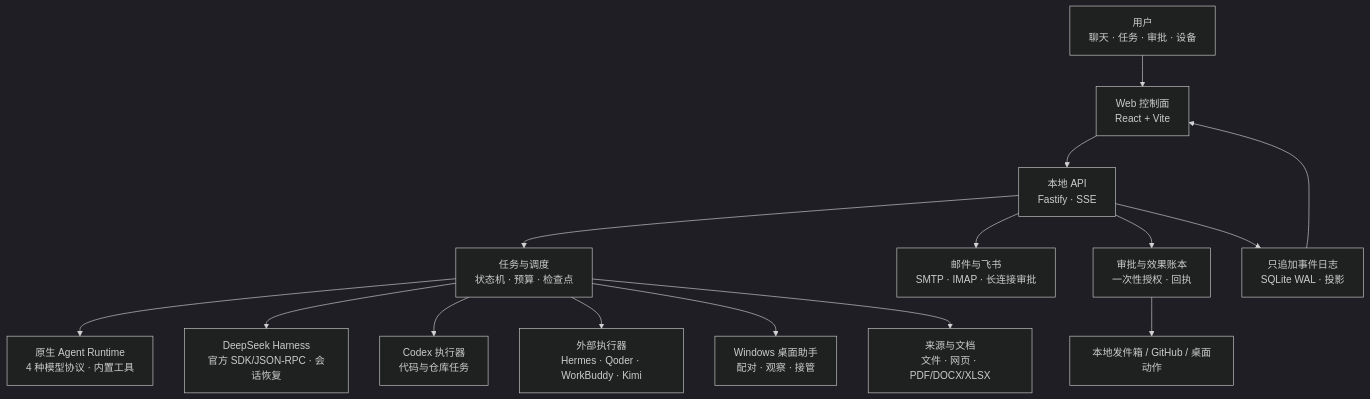
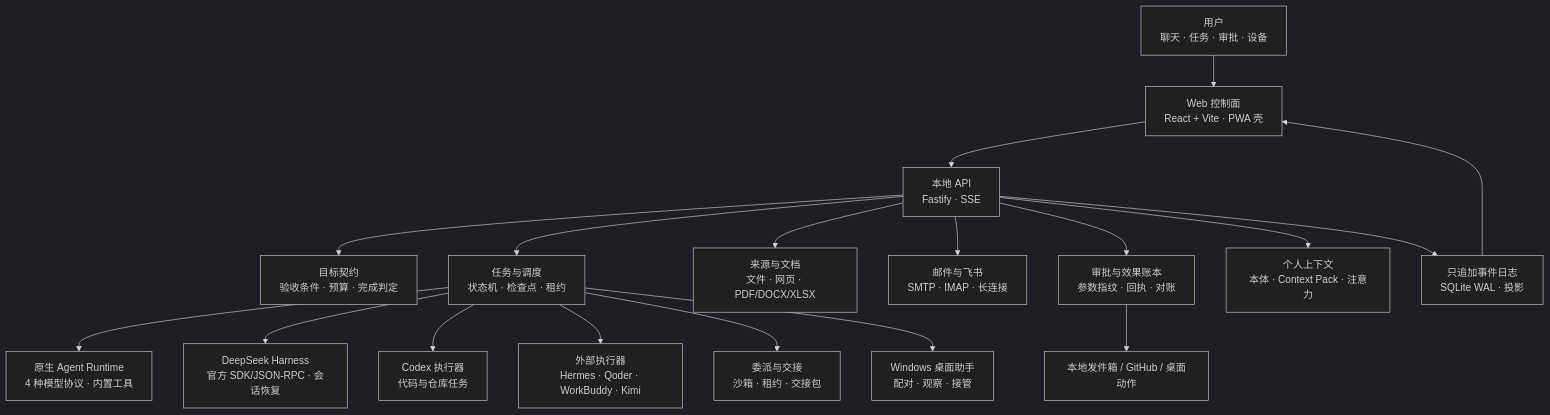
Before and after one commit to hearthproject/hearth-os: the diagram in README.md, drawn with Mermaid (dark theme). The commit also changed other lines of this file and 70 other files, not shown here.

````diff
--- a/README.md
+++ b/README.md
@@ -117,17 +119,20 @@
 ```mermaid
 flowchart TB
-  U["用户<br/>聊天 · 任务 · 审批 · 设备"] --> W["Web 控制面<br/>React + Vite"]
+  U["用户<br/>聊天 · 任务 · 审批 · 设备"] --> W["Web 控制面<br/>React + Vite · PWA 壳"]
   W --> A["本地 API<br/>Fastify · SSE"]
-  A --> S["任务与调度<br/>状态机 · 预算 · 检查点"]
+  A --> G["目标契约<br/>验收条件 · 预算 · 完成判定"]
+  A --> S["任务与调度<br/>状态机 · 检查点 · 租约"]
   S --> N["原生 Agent Runtime<br/>4 种模型协议 · 内置工具"]
   S --> H["DeepSeek Harness<br/>官方 SDK/JSON-RPC · 会话恢复"]
   S --> C["Codex 执行器<br/>代码与仓库任务"]
   S --> X["外部执行器<br/>Hermes · Qoder · WorkBuddy · Kimi"]
+  S --> DG["委派与交接<br/>沙箱 · 租约 · 交接包"]
   S --> D["Windows 桌面助手<br/>配对 · 观察 · 接管"]
-  S --> F["来源与文档<br/>文件 · 网页 · PDF/DOCX/XLSX"]
-  A --> M["邮件与飞书<br/>SMTP · IMAP · 长连接审批"]
-  A --> P["审批与效果账本<br/>一次性授权 · 回执"]
+  A --> F["来源与文档<br/>文件 · 网页 · PDF/DOCX/XLSX"]
+  A --> M["邮件与飞书<br/>SMTP · IMAP · 长连接"]
+  A --> P["审批与效果账本<br/>参数指纹 · 回执 · 对账"]
+  A --> K["个人上下文<br/>本体 · Context Pack · 注意力"]
   A --> E["只追加事件日志<br/>SQLite WAL · 投影"]
   P --> O["本地发件箱 / GitHub / 桌面动作"]
   E --> W
 ```
````
